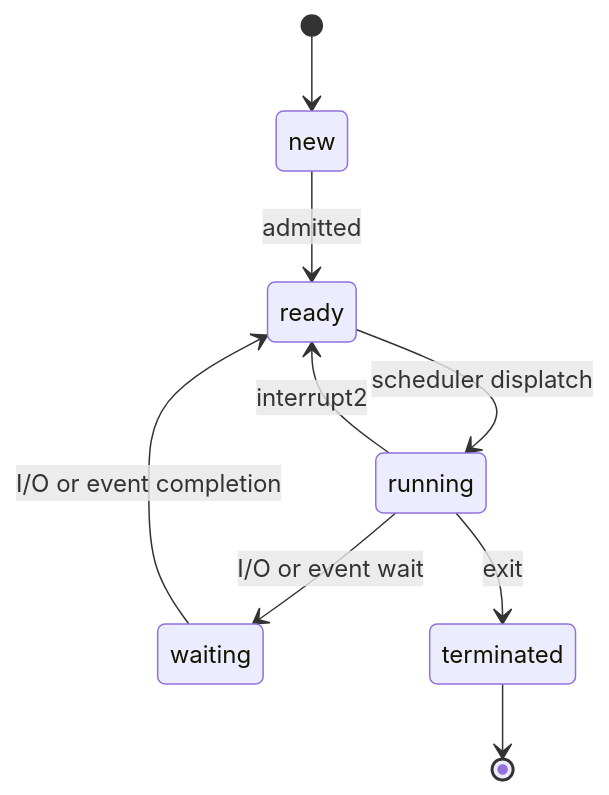
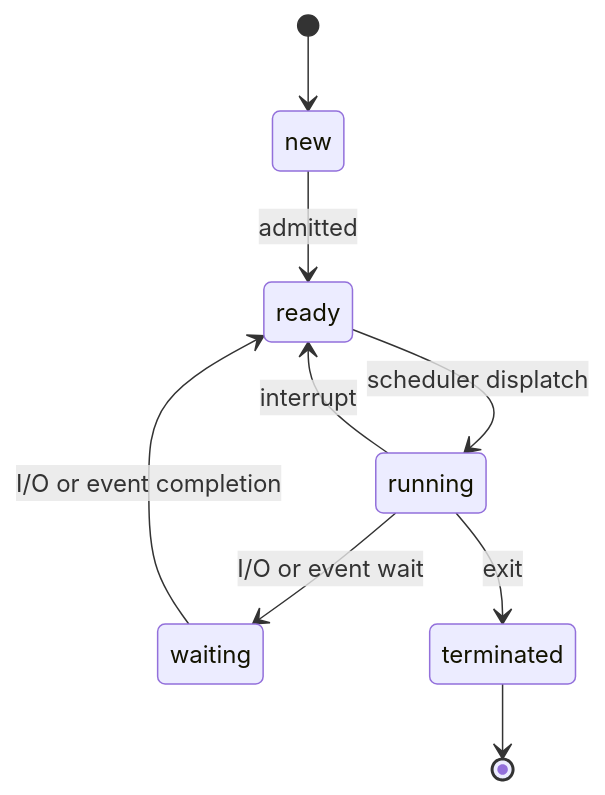
The diagram in docs/notes/OperatingSystem/processes.md (AzurIce/azurice.github.io), drawn with Mermaid before and after one commit. The commit also changed other lines of this file and 21 other files, not shown here.

````diff
--- a/docs/notes/OperatingSystem/processes.md
+++ b/docs/notes/OperatingSystem/processes.md
@@ -35,12 +35,12 @@
 ```mermaid
 stateDiagram-v2
 
 [*] --> new
 new --> ready : admitted
 ready --> running : scheduler displatch
 waiting --> ready: I/O or event completion
 running --> waiting: I/O or event wait
-running --> ready: interrupt2
+running --> ready: interrupt
 running --> terminated: exit
 terminated --> [*]
 ```
````
